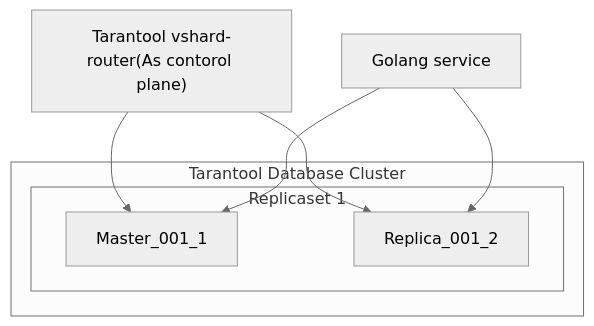
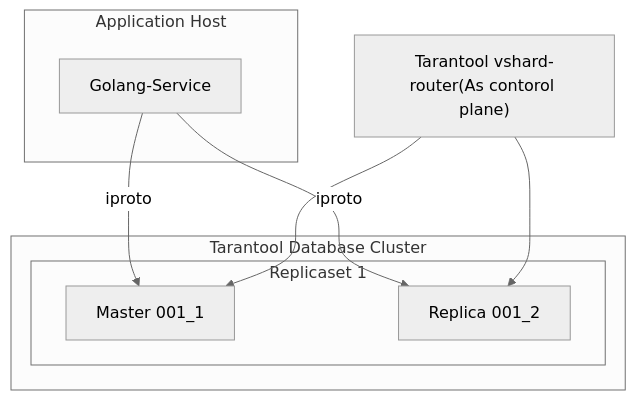
Before and after one commit to KaymeKaydex/go-vshard-router: the second of 2 diagrams in README.md, drawn with Mermaid (neutral theme).

````diff
--- a/README.md
+++ b/README.md
@@ -30,19 +30,23 @@
 ```mermaid
 graph TD
+    subgraph Application Host
+        Golang-Service
+    end
+
+    Golang-Service --> |iproto| MASTER1
+    Golang-Service --> |iproto| REPLICA1
+    
+    MASTER1["Master 001_1"]
+    REPLICA1["Replica 001_2"]
+    
     subgraph Tarantool Database Cluster
         subgraph Replicaset 1
-            Master_001_1
-            Replica_001_2
+            MASTER1
+            REPLICA1
         end
-
     end
 
-ROUTER1["Tarantool vshard-router(As contorol plane)"]
-
-ROUTER1 --> Master_001_1
-ROUTER1 --> Replica_001_2
-
-GO["Golang service"]
-GO --> Master_001_1
-GO --> Replica_001_2
+    ROUTER1["Tarantool vshard-router(As contorol plane)"]
+    ROUTER1 --> MASTER1
+    ROUTER1 --> REPLICA1
 ```
````
